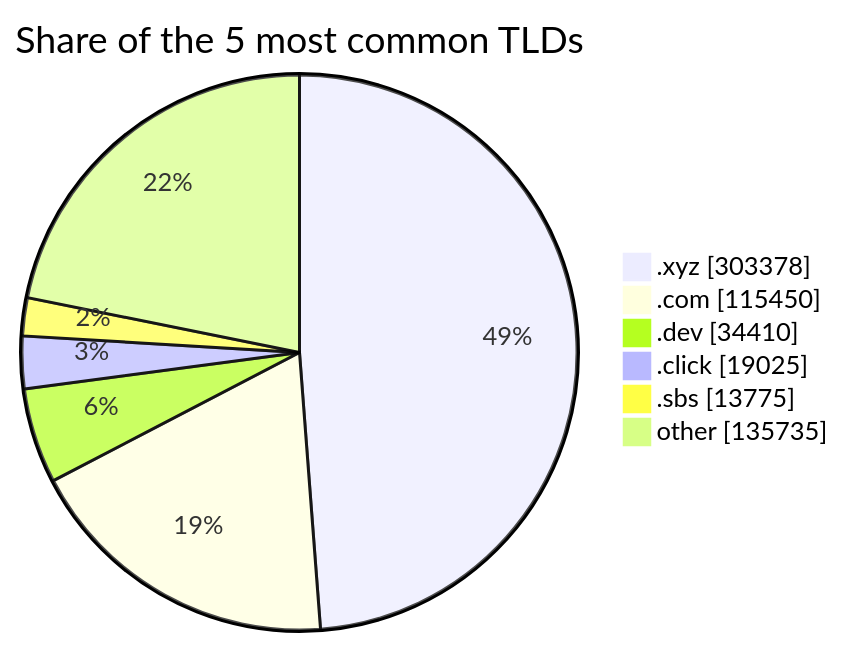
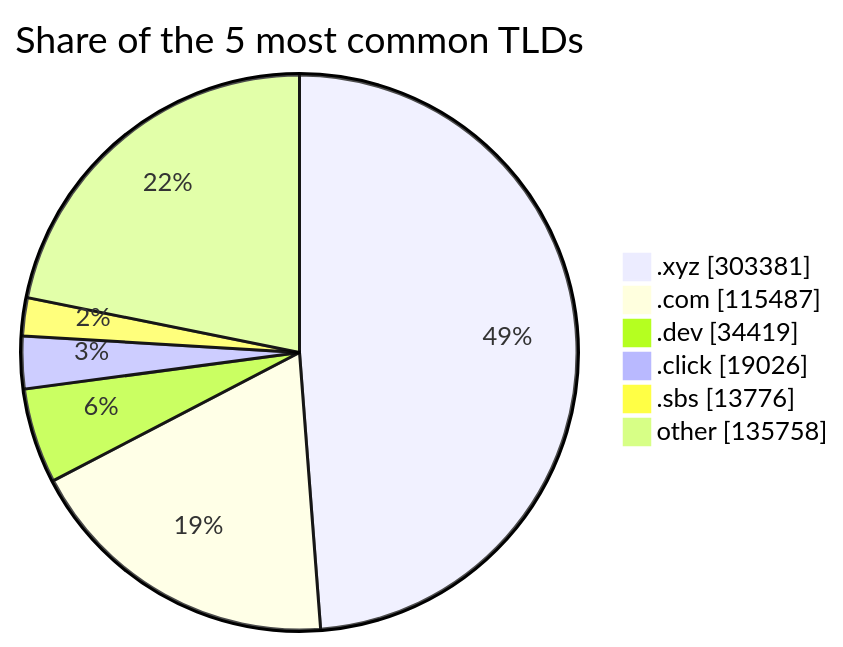
Before and after one commit to DNSBunker/CTI: the third of 3 diagrams in README.md, drawn with Mermaid. The commit also changed other lines of this file and 3 other files, not shown here.

````diff
--- a/README.md
+++ b/README.md
@@ -81,9 +81,9 @@
 ```mermaid
 pie showData title Share of the 5 most common TLDs
-    ".xyz" : 303378
-    ".com" : 115450
-    ".dev" : 34410
-    ".click" : 19025
-    ".sbs" : 13775
-    "other" : 135735
+    ".xyz" : 303381
+    ".com" : 115487
+    ".dev" : 34419
+    ".click" : 19026
+    ".sbs" : 13776
+    "other" : 135758
 ```
````
